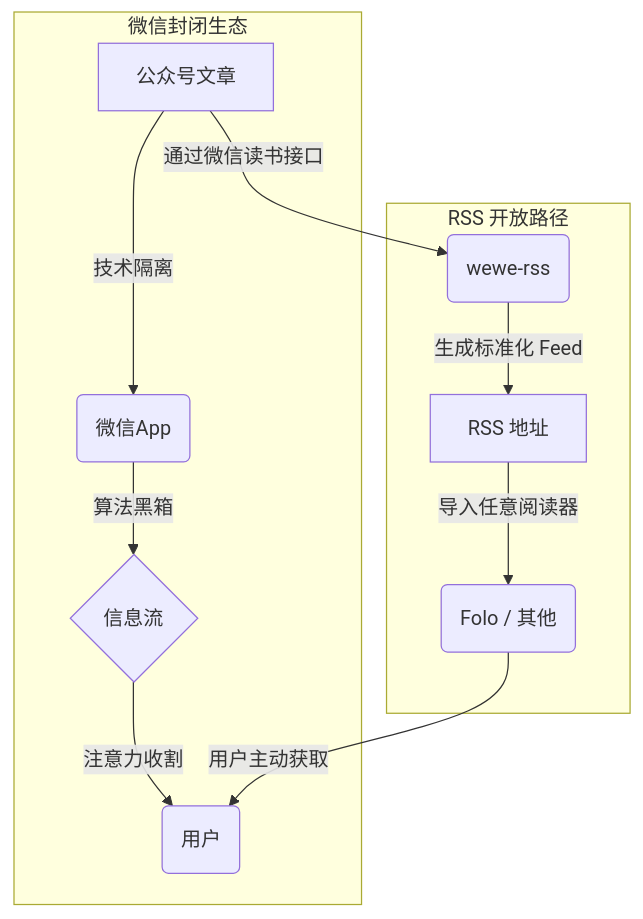
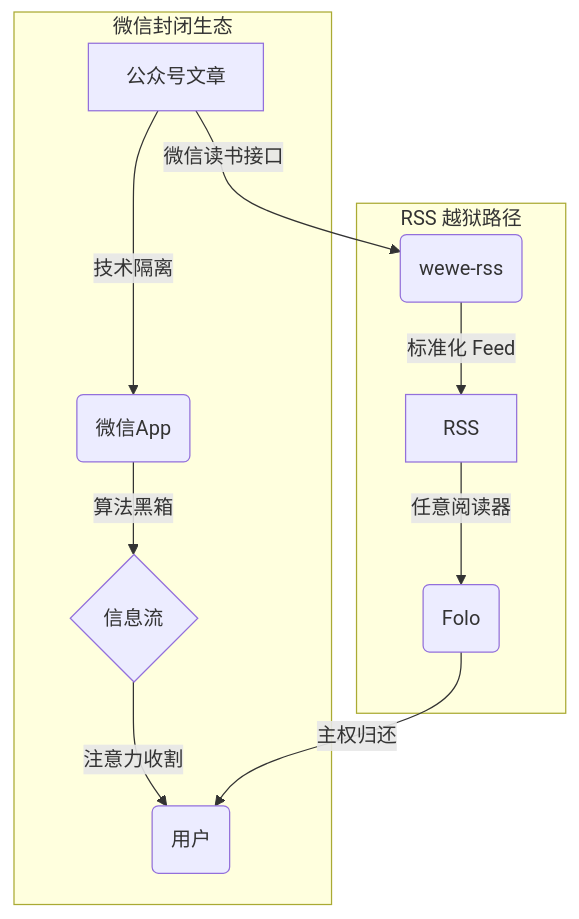
One commit to cuipengfei/cuipengfei.github.com changed the diagram in source/_posts/2025-07-21-folo-wewe-rss.md. Above: the diagram before and after it, drawn with Mermaid. The commit also changed other lines of this file, not shown here.

````diff
--- a/source/_posts/2025-07-21-folo-wewe-rss.md
+++ b/source/_posts/2025-07-21-folo-wewe-rss.md
@@ -25,15 +23,15 @@
 ```mermaid
 graph TD
     subgraph 微信封闭生态
         A[公众号文章] -->|技术隔离| B(微信App)
         B -->|算法黑箱| C{信息流}
         C -->|注意力收割| D(用户)
     end
 
-    subgraph RSS 开放路径
-        A -->|通过微信读书接口| E(wewe-rss)
-        E -->|生成标准化 Feed| F[RSS 地址]
-        F -->|导入任意阅读器| G(Folo / 其他)
-        G -->|用户主动获取| D
+    subgraph RSS 越狱路径
+        A -->|微信读书接口| E(wewe-rss)
+        E -->|标准化 Feed| F[RSS]
+        F -->|任意阅读器| G(Folo)
+        G -->|主权归还| D
     end
 ```
````
